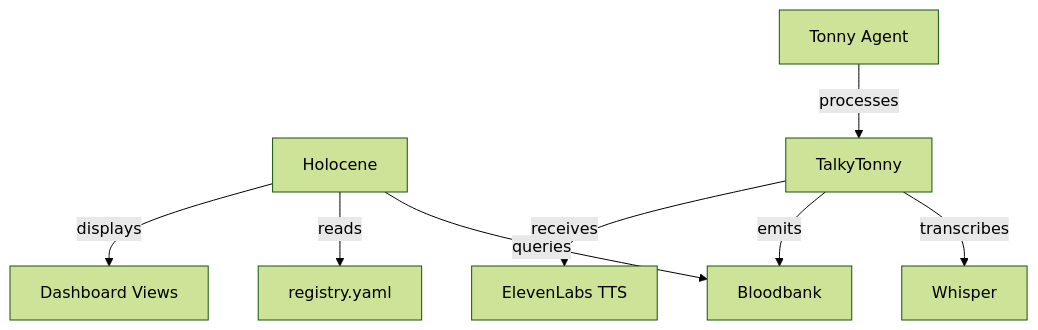
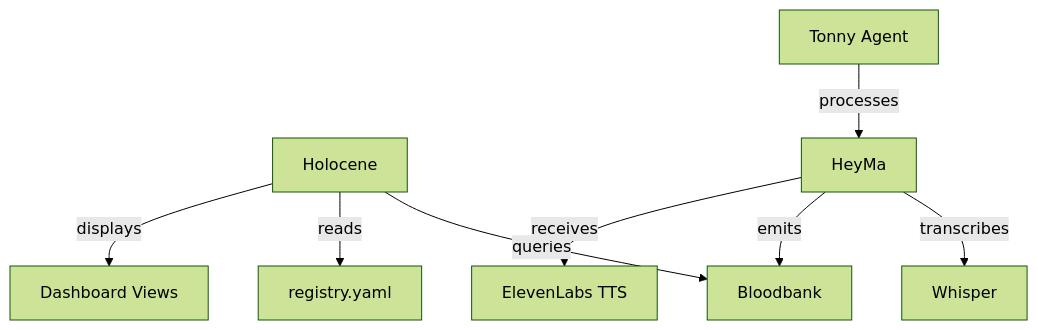
Before and after one commit to delorenj/33GOD: the diagram in docs/domains/dashboards-voice.md, drawn with Mermaid (forest theme). The commit also changed other lines of this file and 38 other files, not shown here.

Commit message:
refactor: Rename TalkyTonny submodule to HeyMa. Also updated all references

````diff
--- a/docs/domains/dashboards-voice.md
+++ b/docs/domains/dashboards-voice.md
@@ -23,11 +23,11 @@
 ```mermaid
 graph TD
     HOL[Holocene] -->|queries| BB[Bloodbank]
     HOL -->|reads| REG[registry.yaml]
     HOL -->|displays| DASH[Dashboard Views]
 
-    TT[TalkyTonny] -->|transcribes| WHISPER[Whisper]
+    TT[HeyMa] -->|transcribes| WHISPER[Whisper]
     TT -->|emits| BB
     TT -->|receives| TTS[ElevenLabs TTS]
     TONNY[Tonny Agent] -->|processes| TT
 ```
````
